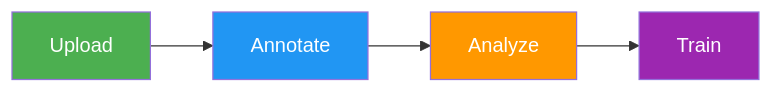
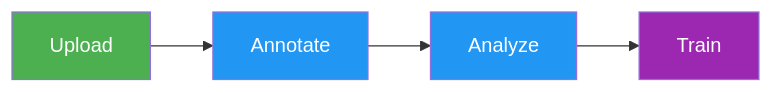
Before and after one commit to medusa717/AI-ULTRALYTICS: the diagram in docs/en/platform/data/index.md, drawn with Mermaid. The commit also changed 18 other files, not shown here.

Commit message:
Standardize Mermaid diagram colors across docs (#24932)

````diff
--- a/docs/en/platform/data/index.md
+++ b/docs/en/platform/data/index.md
@@ -35,11 +35,10 @@
 ```mermaid
 graph LR
-    A[Upload] --> B[Annotate]
-    B --> C[Analyze]
-    C --> D[Train]
+    A[Upload]:::start --> B[Annotate]:::proc
+    B --> C[Analyze]:::proc
+    C --> D[Train]:::out
 
-    style A fill:#4CAF50,color:#fff
-    style B fill:#2196F3,color:#fff
-    style C fill:#FF9800,color:#fff
-    style D fill:#9C27B0,color:#fff
+    classDef start fill:#4CAF50,color:#fff
+    classDef proc fill:#2196F3,color:#fff
+    classDef out fill:#9C27B0,color:#fff
 ```
````
